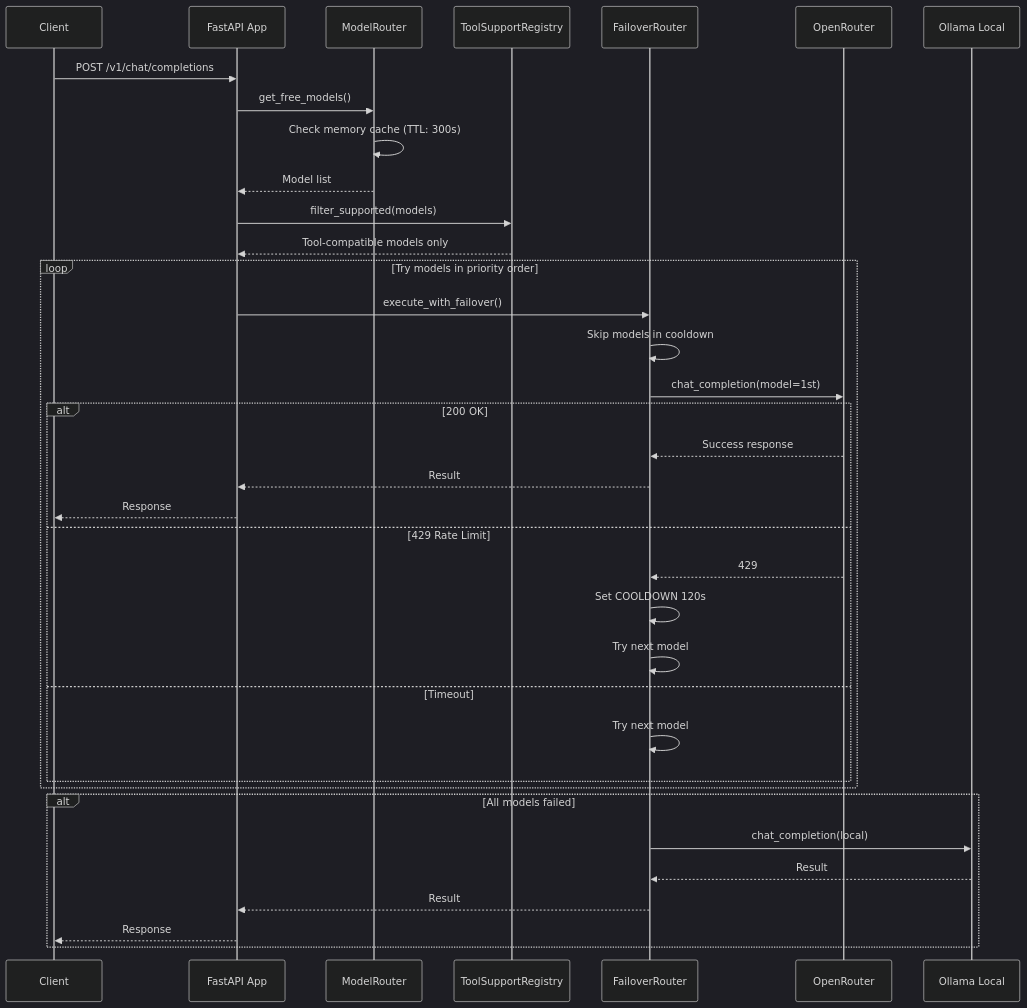
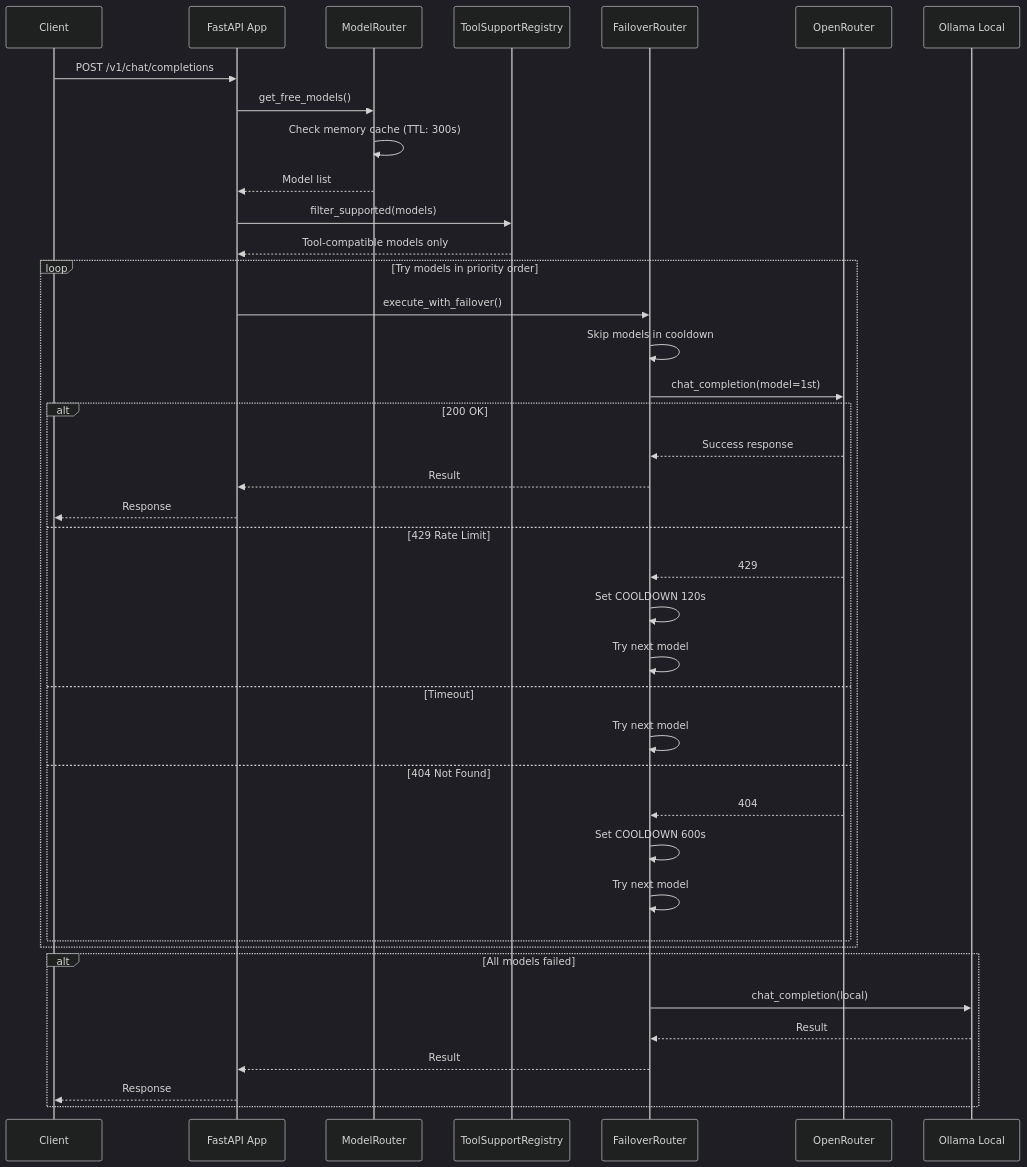
One commit to tokkkie/free-model-router changed the second of 4 diagrams in docs/how-it-works.md. Above: the diagram before and after it, drawn with Mermaid (dark theme). The commit also changed other lines of this file and 3 other files, not shown here.

````diff
--- a/docs/how-it-works.md
+++ b/docs/how-it-works.md
@@ -55,44 +55,48 @@
 ```mermaid
 sequenceDiagram
     participant Client as Client
     participant App as FastAPI App
     participant MR as ModelRouter
     participant TSR as ToolSupportRegistry
     participant FR as FailoverRouter
     participant OR as OpenRouter
     participant Ollama as Ollama Local
 
     Client->>App: POST /v1/chat/completions
 
     App->>MR: get_free_models()
     MR->>MR: Check memory cache (TTL: 300s)
     MR-->>App: Model list
 
     App->>TSR: filter_supported(models)
     TSR-->>App: Tool-compatible models only
 
     loop Try models in priority order
         App->>FR: execute_with_failover()
         FR->>FR: Skip models in cooldown
 
         FR->>OR: chat_completion(model=1st)
         alt 200 OK
             OR-->>FR: Success response
             FR-->>App: Result
             App-->>Client: Response
         else 429 Rate Limit
             OR-->>FR: 429
             FR->>FR: Set COOLDOWN 120s
             FR->>FR: Try next model
         else Timeout
             FR->>FR: Try next model
+        else 404 Not Found
+            OR-->>FR: 404
+            FR->>FR: Set COOLDOWN 600s
+            FR->>FR: Try next model
         end
     end
 
     alt All models failed
         FR->>Ollama: chat_completion(local)
         Ollama-->>FR: Result
         FR-->>App: Result
         App-->>Client: Response
     end
 ```
````
